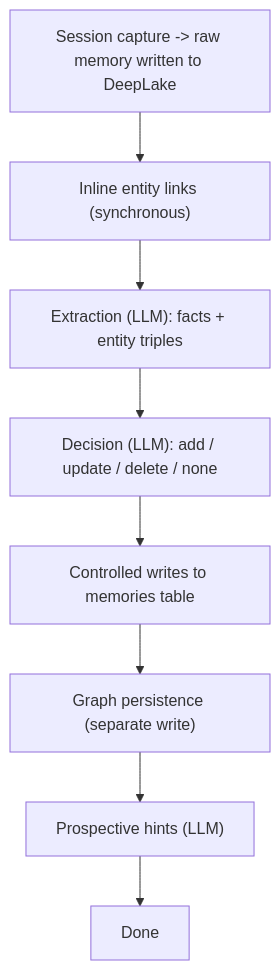
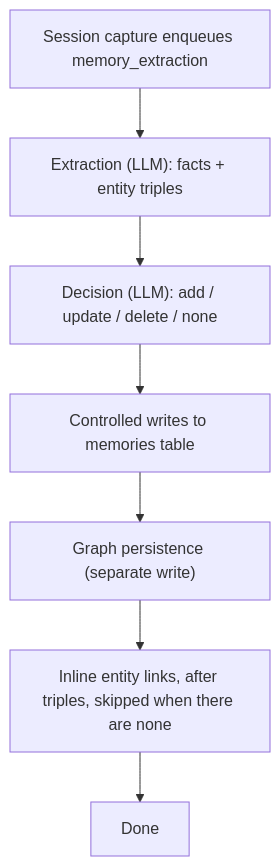
Before and after one commit to legioncodeinc/honeycomb: the diagram in library/knowledge/private/ai/memory-pipeline.md, drawn with Mermaid. The commit also changed other lines of this file and 279 other files, not shown here.

````diff
--- a/library/knowledge/private/ai/memory-pipeline.md
+++ b/library/knowledge/private/ai/memory-pipeline.md
@@ -31,10 +31,9 @@
 ```mermaid
 flowchart TD
-    capture["Session capture -> raw memory written to DeepLake"] --> link
-    link["Inline entity links (synchronous)"] --> extract
+    capture["Session capture enqueues memory_extraction"] --> extract
     extract["Extraction (LLM): facts + entity triples"] --> decide
     decide["Decision (LLM): add / update / delete / none"] --> ctrl
     ctrl["Controlled writes to memories table"] --> graphp
-    graphp["Graph persistence (separate write)"] --> hints
-    hints["Prospective hints (LLM)"] --> done["Done"]
+    graphp["Graph persistence (separate write)"] --> link
+    link["Inline entity links, after triples, skipped when there are none"] --> done["Done"]
 ```
````
